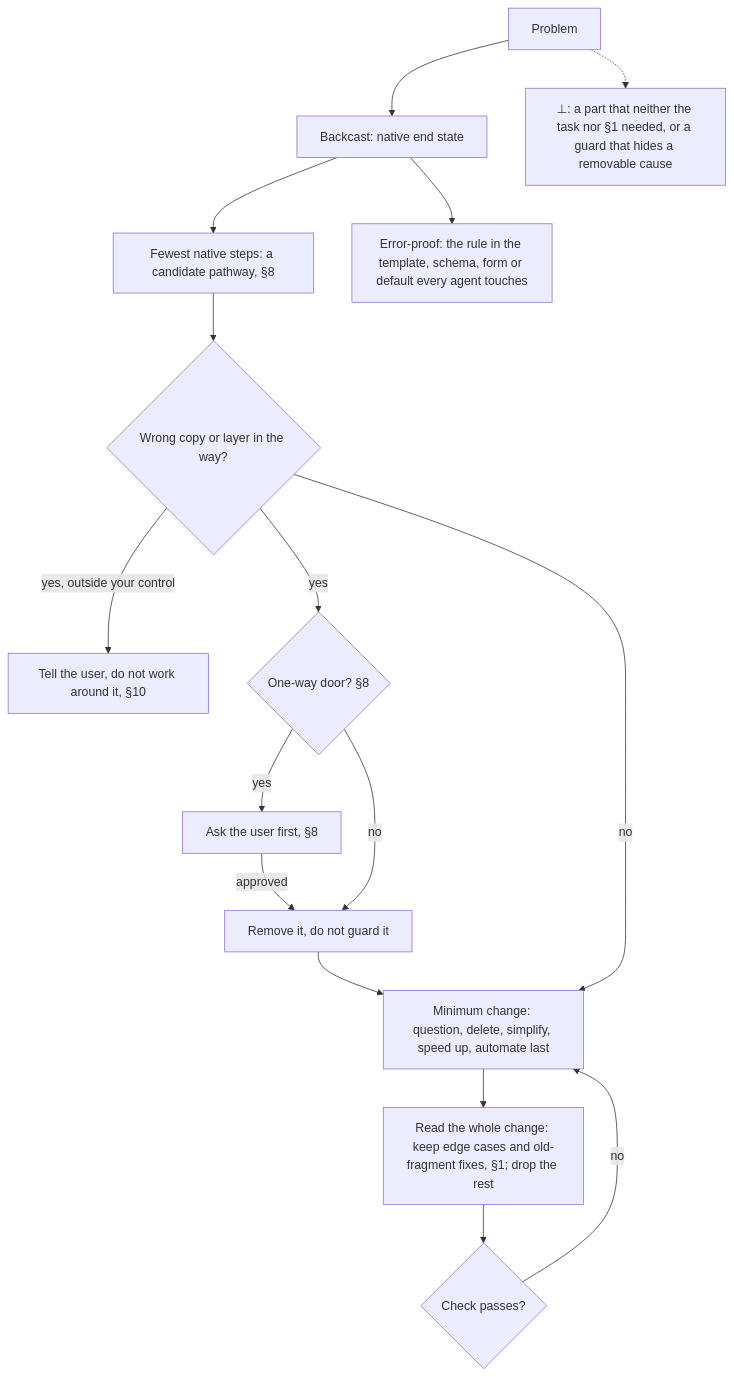
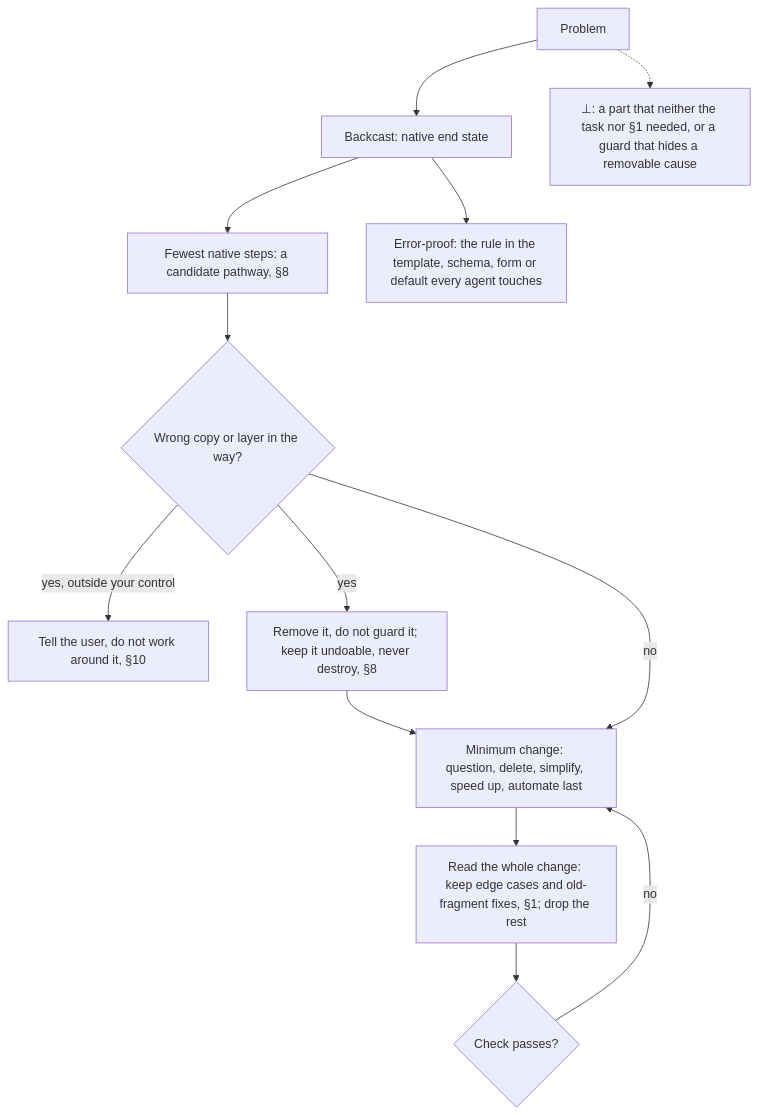
The tenth of 14 diagrams in AGENTS.md (SolenixAI/arbiter), drawn with Mermaid before and after one commit. The commit also changed other lines of this file and 1 other file, not shown here.

First line of the commit message:
docs(arbiter): agents never stop at 99%: one correct way, real journeys, observed in the user's view

````diff
--- a/AGENTS.md
+++ b/AGENTS.md
@@ -458,13 +470,11 @@
 ```mermaid
 flowchart TD
   P[Problem] --> E["Backcast: native end state"] --> N["Fewest native steps: a candidate pathway, §8"]
   E --> RB["Error-proof: the rule in the template, schema, form or default every agent touches"]
   N --> W{Wrong copy or layer in the way?}
   W -->|yes, outside your control| TU["Tell the user, do not work around it, §10"]
-  W -->|yes| O{"One-way door? §8"}
-  O -->|yes| AS["Ask the user first, §8"] -->|approved| X
-  O -->|no| X["Remove it, do not guard it"] --> M
+  W -->|yes| X["Remove it, do not guard it; keep it undoable, never destroy, §8"] --> M
   W -->|no| M["Minimum change: question, delete, simplify, speed up, automate last"] --> D["Read the whole change: keep edge cases and old-fragment fixes, §1; drop the rest"] --> C{Check passes?}
   C -->|no| M
   P -.-> BOT["⊥: a part that neither the task nor §1 needed, or a guard that hides a removable cause"]
 ```
````
